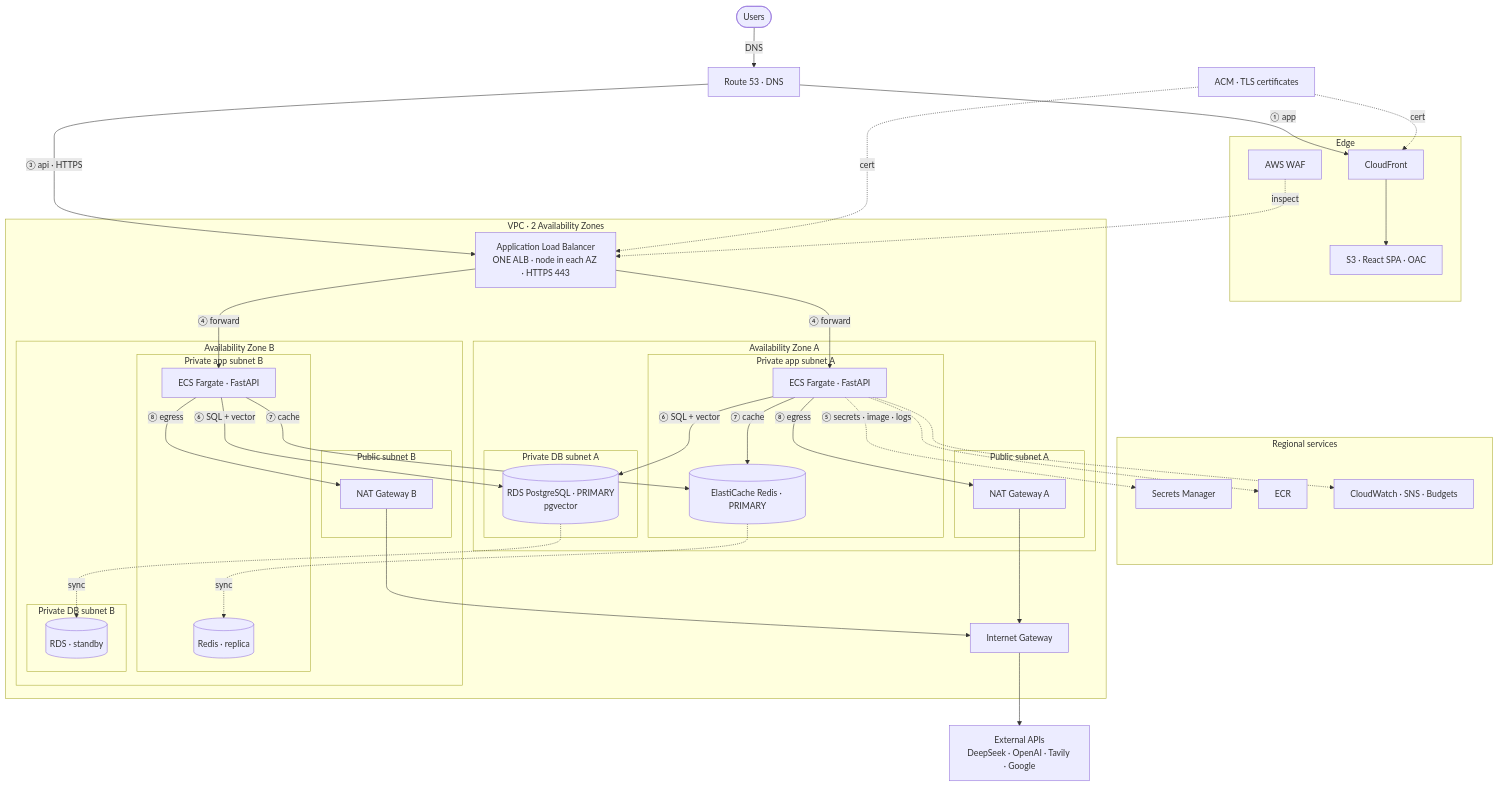
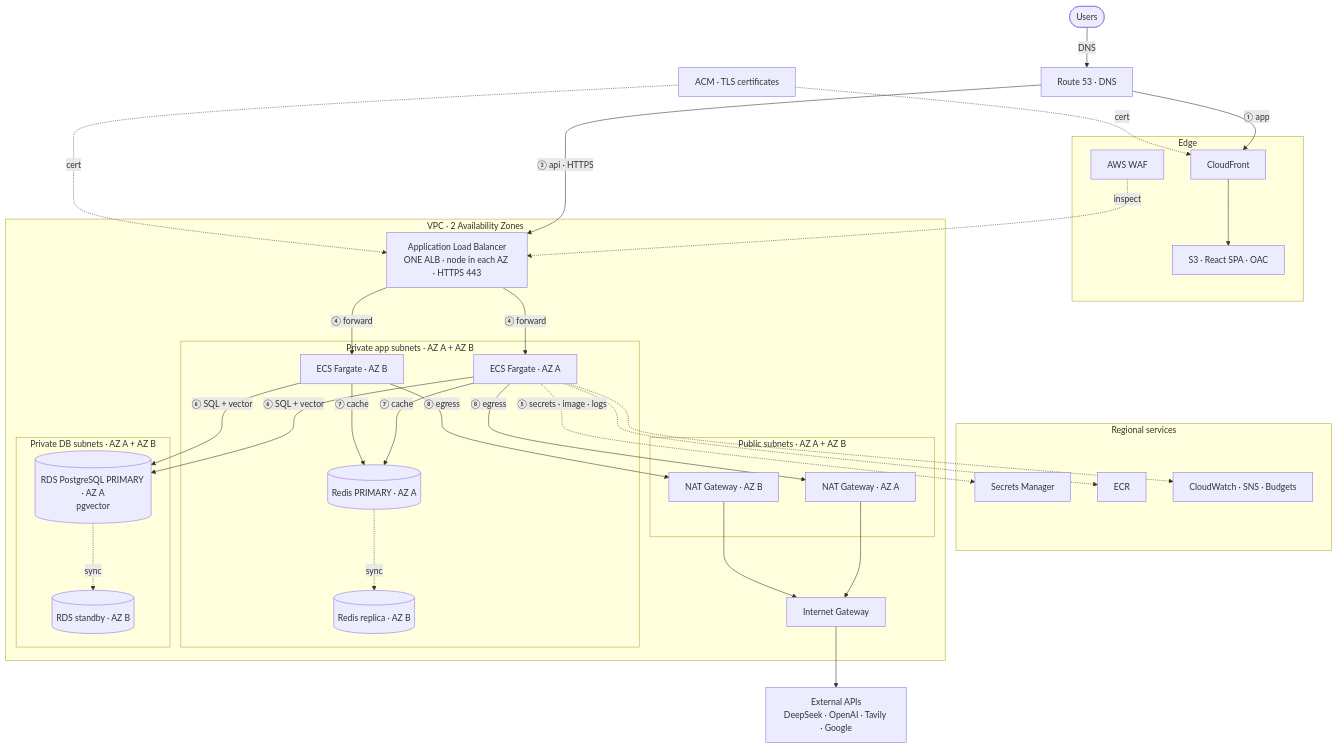
Before and after one commit to amdhd/aether: the diagram in README.md, drawn with Mermaid.

Commit message:
docs: flatten architecture diagram to 2-level subgraphs (GitHub Mermaid renders reliably)
Group by subnet tier (public / private-app / private-db) so RDS is clearly in a
separate DB subnet from Fargate/Redis, while staying at 2 nesting levels — the
3-level (AZ→subnet) nesting failed to render on GitHub.

````diff
--- a/README.md
+++ b/README.md
@@ -21,75 +21,64 @@
 ```mermaid
 flowchart TB
     users([Users])
     dns["Route 53 · DNS"]
     acm["ACM · TLS certificates"]
     ext["External APIs<br/>DeepSeek · OpenAI · Tavily · Google"]
 
     subgraph edge["Edge"]
         cf["CloudFront"]
         s3["S3 · React SPA · OAC"]
         waf["AWS WAF"]
     end
 
     subgraph shared["Regional services"]
         sm["Secrets Manager"]
         ecr["ECR"]
         obs["CloudWatch · SNS · Budgets"]
     end
 
     subgraph vpc["VPC · 2 Availability Zones"]
         igw["Internet Gateway"]
         alb["Application Load Balancer<br/>ONE ALB · node in each AZ · HTTPS 443"]
 
-        subgraph aza["Availability Zone A"]
-            subgraph puba["Public subnet A"]
-                nata["NAT Gateway A"]
-            end
-            subgraph appa["Private app subnet A"]
-                fga["ECS Fargate · FastAPI"]
-                rediska[("ElastiCache Redis · PRIMARY")]
-            end
-            subgraph dba["Private DB subnet A"]
-                rdsa[("RDS PostgreSQL · PRIMARY<br/>pgvector")]
-            end
+        subgraph pub["Public subnets · AZ A + AZ B"]
+            nata["NAT Gateway · AZ A"]
+            natb["NAT Gateway · AZ B"]
         end
-
-        subgraph azb["Availability Zone B"]
-            subgraph pubb["Public subnet B"]
-                natb["NAT Gateway B"]
-            end
-            subgraph appb["Private app subnet B"]
-                fgb["ECS Fargate · FastAPI"]
-                rediskb[("Redis · replica")]
-            end
-            subgraph dbb["Private DB subnet B"]
-                rdsb[("RDS · standby")]
-            end
+        subgraph appnet["Private app subnets · AZ A + AZ B"]
+            fga["ECS Fargate · AZ A"]
+            fgb["ECS Fargate · AZ B"]
+            rediska[("Redis PRIMARY · AZ A")]
+            rediskb[("Redis replica · AZ B")]
+        end
+        subgraph dbnet["Private DB subnets · AZ A + AZ B"]
+            rdsa[("RDS PostgreSQL PRIMARY · AZ A<br/>pgvector")]
+            rdsb[("RDS standby · AZ B")]
         end
     end
 
     users -->|DNS| dns
     dns -->|"① app"| cf --> s3
     dns -->|"③ api · HTTPS"| alb
     acm -.->|cert| alb
     acm -.->|cert| cf
     waf -.->|inspect| alb
 
     alb -->|"④ forward"| fga
     alb -->|"④ forward"| fgb
     fga -->|"⑥ SQL + vector"| rdsa
     fgb -->|"⑥ SQL + vector"| rdsa
     fga -->|"⑦ cache"| rediska
     fgb -->|"⑦ cache"| rediska
     rdsa -. sync .-> rdsb
     rediska -. sync .-> rediskb
 
     fga -->|"⑧ egress"| nata
     fgb -->|"⑧ egress"| natb
     nata --> igw
     natb --> igw
     igw --> ext
     fga -. "⑤ secrets · image · logs" .-> sm
     fga -.-> ecr
     fga -.-> obs
 ```
````
